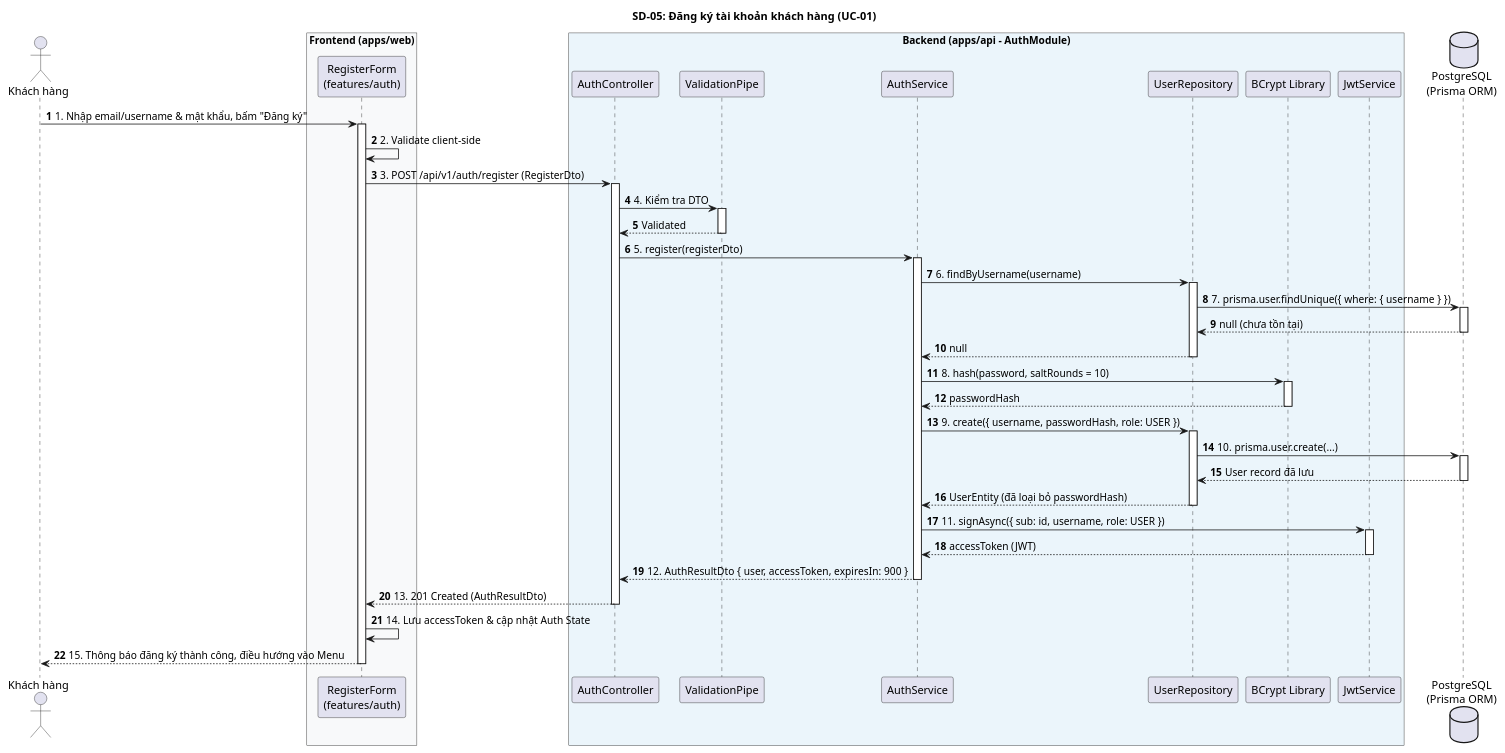
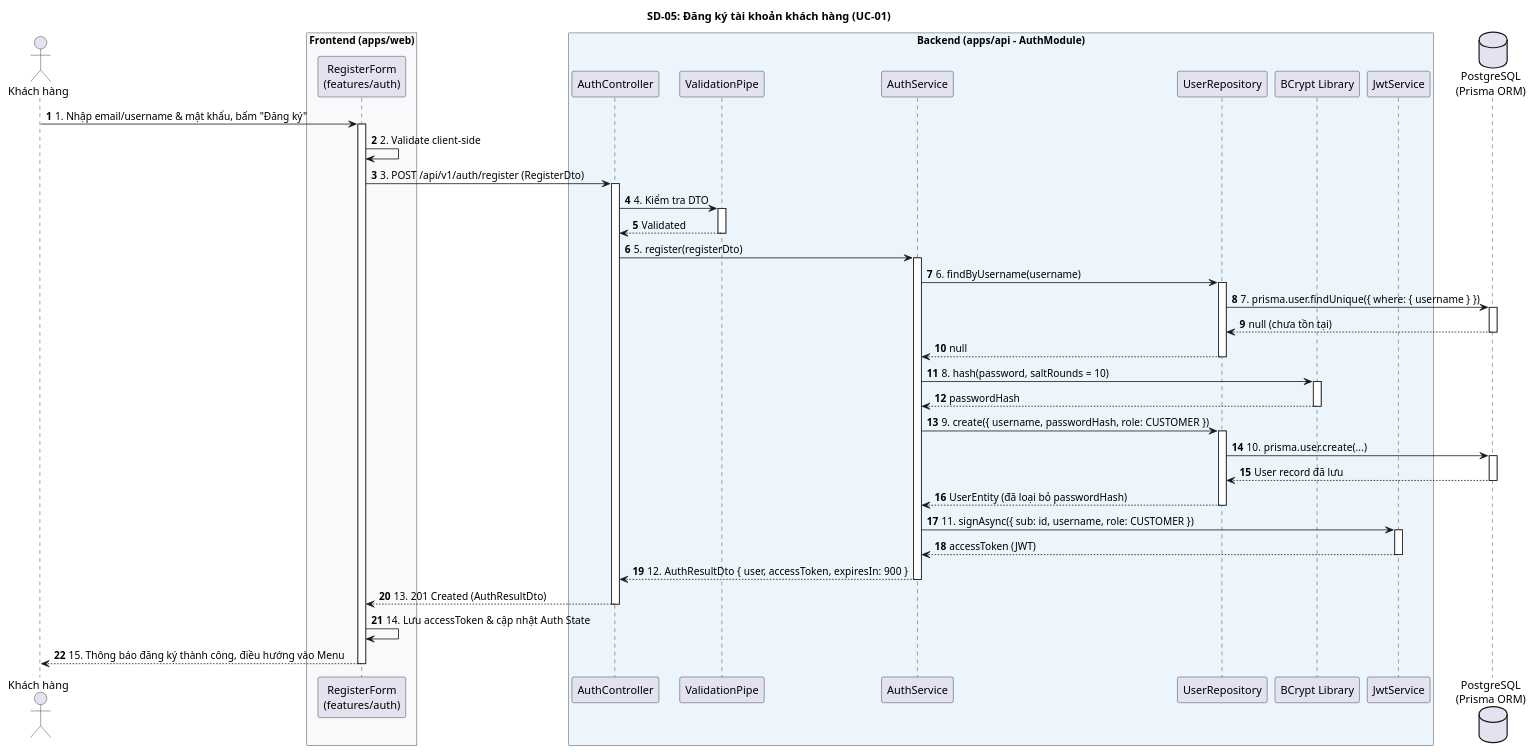
The third of 4 diagrams in docs/architecture/sequence-diagrams-auth.md (akira-yami/BrewLite_A1), drawn with PlantUML before and after one commit. The commit also changed other lines of this file and 16 other files, not shown here.

First line of the commit message:
Rename USER/ADMIN to CUSTOMER/BARISTA

````diff
--- a/docs/architecture/sequence-diagrams-auth.md
+++ b/docs/architecture/sequence-diagrams-auth.md
@@ -281,74 +281,74 @@
 ```plantuml
 @startuml SD-05_Customer_Registration
 title SD-05: Đăng ký tài khoản khách hàng (UC-01)
 autonumber
 skinparam responseMessageBelowArrow true
 skinparam BoxPadding 10
 
 actor "Khách hàng" as User
 
 box "Frontend (apps/web)" #F8F9FA
     participant "RegisterForm\n(features/auth)" as FE
 end box
 
 box "Backend (apps/api - AuthModule)" #EBF5FB
     participant "AuthController" as AC
     participant "ValidationPipe" as VP
     participant "AuthService" as AS
     participant "UserRepository" as UR
     participant "BCrypt Library" as BC
     participant "JwtService" as JWT
 end box
 
 database "PostgreSQL\n(Prisma ORM)" as DB
 
 User -> FE: 1. Nhập email/username & mật khẩu, bấm "Đăng ký"
 activate FE
 FE -> FE: 2. Validate client-side
 FE -> AC: 3. POST /api/v1/auth/register (RegisterDto)
 activate AC
 AC -> VP: 4. Kiểm tra DTO
 activate VP
 VP --> AC: Validated
 deactivate VP
 
 AC -> AS: 5. register(registerDto)
 activate AS
 AS -> UR: 6. findByUsername(username)
 activate UR
 UR -> DB: 7. prisma.user.findUnique({ where: { username } })
 activate DB
 DB --> UR: null (chưa tồn tại)
 deactivate DB
 UR --> AS: null
 deactivate UR
 
 AS -> BC: 8. hash(password, saltRounds = 10)
 activate BC
 BC --> AS: passwordHash
 deactivate BC
 
-AS -> UR: 9. create({ username, passwordHash, role: USER })
+AS -> UR: 9. create({ username, passwordHash, role: CUSTOMER })
 activate UR
 UR -> DB: 10. prisma.user.create(...)
 activate DB
 DB --> UR: User record đã lưu
 deactivate DB
 UR --> AS: UserEntity (đã loại bỏ passwordHash)
 deactivate UR
 
-AS -> JWT: 11. signAsync({ sub: id, username, role: USER })
+AS -> JWT: 11. signAsync({ sub: id, username, role: CUSTOMER })
 activate JWT
 JWT --> AS: accessToken (JWT)
 deactivate JWT
 
 AS --> AC: 12. AuthResultDto { user, accessToken, expiresIn: 900 }
 deactivate AS
 AC --> FE: 13. 201 Created (AuthResultDto)
 deactivate AC
 
 FE -> FE: 14. Lưu accessToken & cập nhật Auth State
 FE --> User: 15. Thông báo đăng ký thành công, điều hướng vào Menu
 deactivate FE
 @enduml
 ```
````
